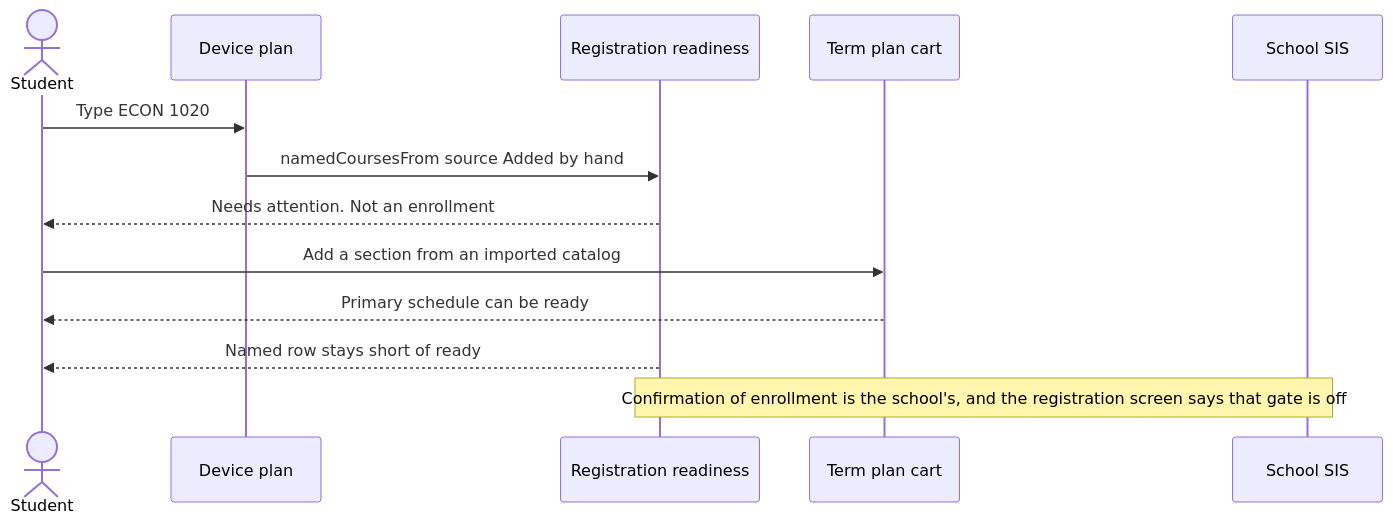
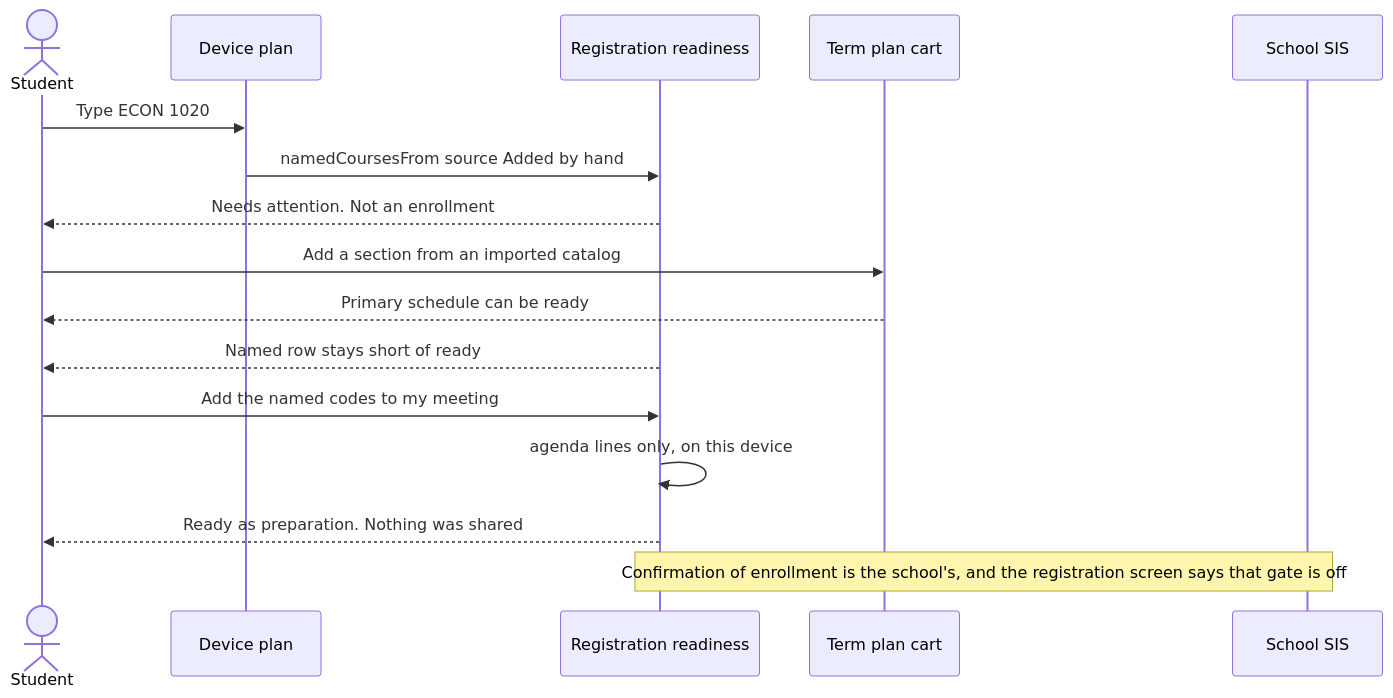
One commit to harrisonjrubin7-cmyk/semester changed the third of 3 diagrams in docs/mainframe/ECOSYSTEM_CONNECTIONS.md. Above: the diagram before and after it, drawn with Mermaid. The commit also changed other lines of this file and 14 other files, not shown here.

First line of the commit message:
Put a named course on the student's meeting agenda without copying the rest of the record.

````diff
--- a/docs/mainframe/ECOSYSTEM_CONNECTIONS.md
+++ b/docs/mainframe/ECOSYSTEM_CONNECTIONS.md
@@ -57,15 +57,18 @@
 ```mermaid
 sequenceDiagram
   actor Student
   participant Plan as Device plan
   participant Check as Registration readiness
   participant Cart as Term plan cart
   participant School as School SIS
   Student->>Plan: Type ECON 1020
   Plan->>Check: namedCoursesFrom source Added by hand
   Check-->>Student: Needs attention. Not an enrollment
   Student->>Cart: Add a section from an imported catalog
   Cart-->>Student: Primary schedule can be ready
   Check-->>Student: Named row stays short of ready
+  Student->>Check: Add the named codes to my meeting
+  Check->>Check: agenda lines only, on this device
+  Check-->>Student: Ready as preparation. Nothing was shared
   Note over Check,School: Confirmation of enrollment is the school's, and the registration screen says that gate is off
 ```
````
